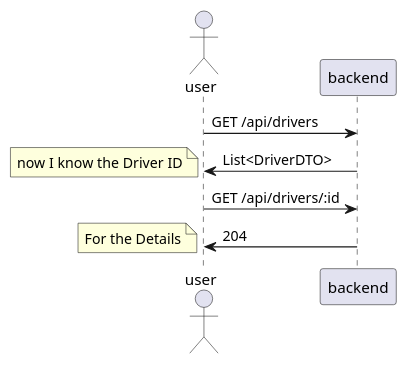
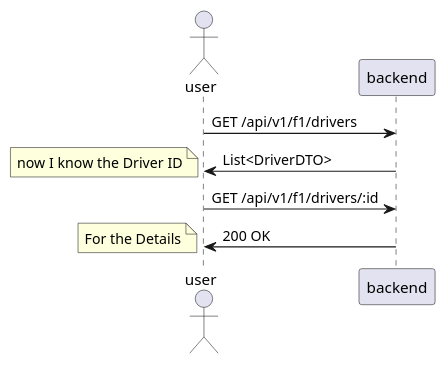
One commit to Noeell/openapiproject changed the fourth of 5 diagrams in Formel1.adoc. Above: the diagram before and after it, drawn with PlantUML. The commit also changed other lines of this file and 3 other files, not shown here.

```diff
--- a/Formel1.adoc
+++ b/Formel1.adoc
@@ -122,18 +118,18 @@
 [plantuml]
 ----
 @startuml
 
 actor user
-user -> backend : GET /api/drivers
+user -> backend : GET /api/v1/f1/drivers
 user <- backend : List<DriverDTO>
 note left: now I know the Driver ID
 
 
-user -> backend : GET /api/drivers/:id
-user <- backend : 204
+user -> backend : GET /api/v1/f1/drivers/:id
+user <- backend : 200 OK
 note left: For the Details
 
 
 @enduml
 
 ----
```
